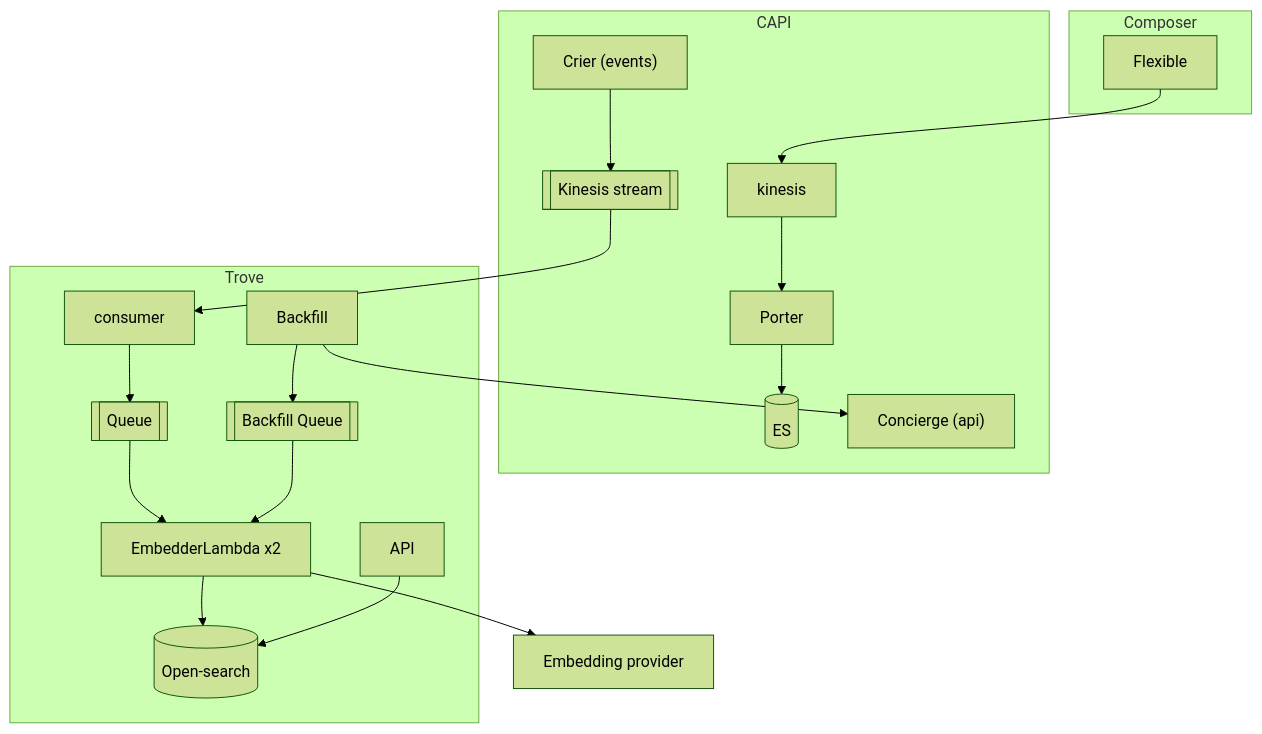
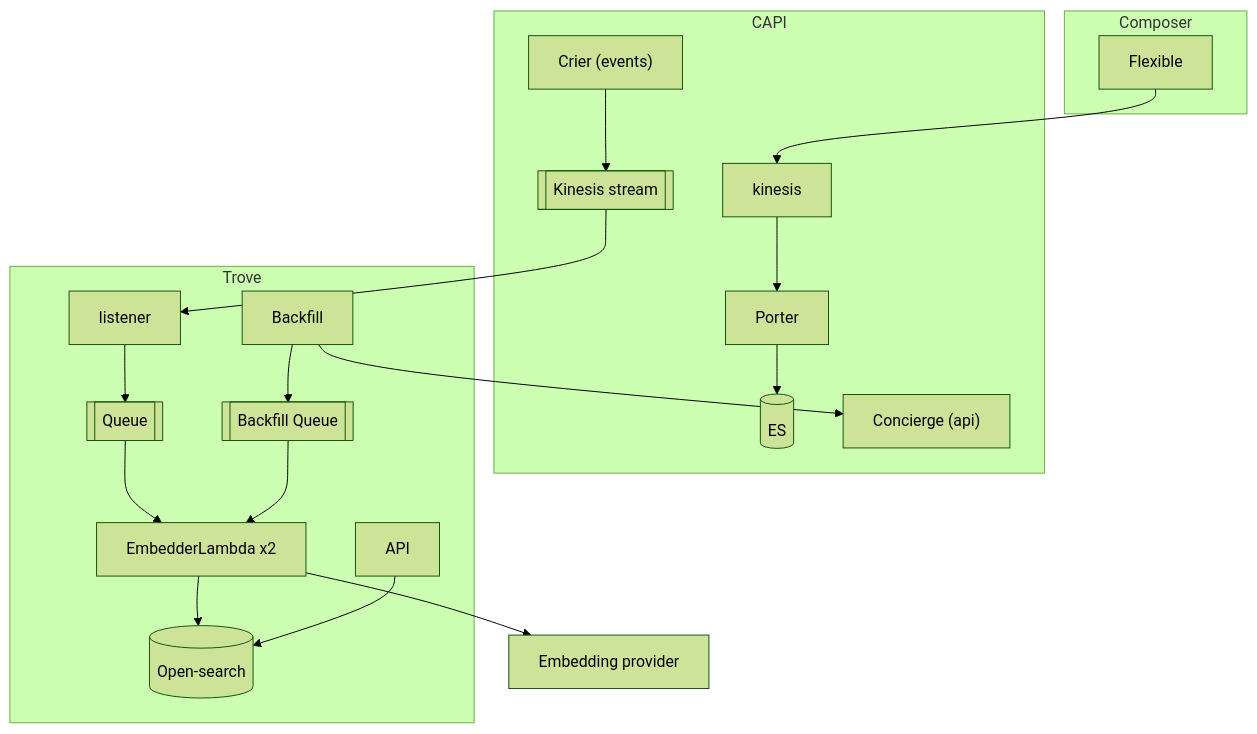
Before and after one commit to guardian/trove: the diagram in docs/architecture.md, drawn with Mermaid (forest theme). The commit also changed other lines of this file, not shown here.

Commit message:
rename consumer to listener

````diff
--- a/docs/architecture.md
+++ b/docs/architecture.md
@@ -34,44 +34,44 @@
 ```mermaid
 flowchart TD
     subgraph Composer
         Flexible
     end
 
     subgraph CAPI
         CapiKinesis[kinesis]
         Porter
         ES[(ES)]
         Concierge["Concierge (api)"]
         Crier["Crier (events)"]
         CrierStream[[Kinesis stream]]
     end
 
     subgraph Trove["Trove"]
         Backfill
         BackfillQueue[[Backfill Queue]]
-        Consumer[consumer]
+        Listener[listener]
         Queue[[Queue]]
         Embedder["EmbedderLambda x2"]
         OpenSearch[(Open-search)]
         API
     end
 
     EmbeddingProvider[Embedding provider]
 
     Flexible --> CapiKinesis
     CapiKinesis --> Porter
     Porter --> ES
 
     Crier --> CrierStream
-    CrierStream --> Consumer
-    Consumer --> Queue
+    CrierStream --> Listener
+    Listener --> Queue
     Queue --> Embedder
 
     Backfill --> Concierge
     Backfill --> BackfillQueue
     BackfillQueue --> Embedder
 
     Embedder --> EmbeddingProvider
     Embedder --> OpenSearch
     API --> OpenSearch
 ```
````
